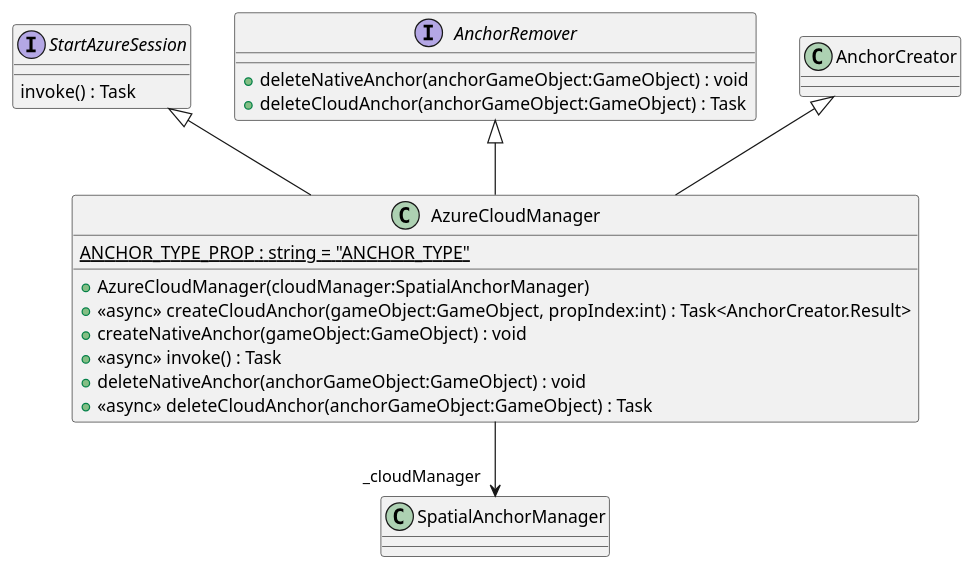
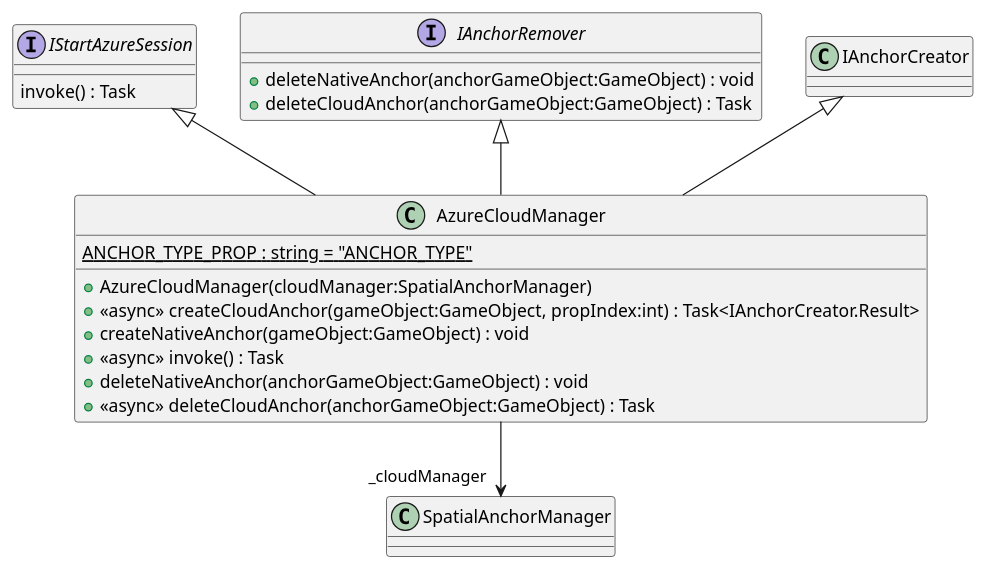
One commit to DeNatur/ProductionFloorVisualization changed the diagram in UML/Assets/Scripts/AzureCloudManager.puml. Above: the diagram before and after it, drawn with PlantUML. The commit also changed 34 other files, not shown here.

Commit message:
Generate UML (Generate UML)

```diff
--- a/UML/Assets/Scripts/AzureCloudManager.puml
+++ b/UML/Assets/Scripts/AzureCloudManager.puml
@@ -1,22 +1,22 @@
 @startuml
-interface StartAzureSession {
+interface IStartAzureSession {
     invoke() : Task
 }
-interface AnchorRemover {
+interface IAnchorRemover {
     + deleteNativeAnchor(anchorGameObject:GameObject) : void
     + deleteCloudAnchor(anchorGameObject:GameObject) : Task
 }
 class AzureCloudManager {
     {static} ANCHOR_TYPE_PROP : string = "ANCHOR_TYPE"
     + AzureCloudManager(cloudManager:SpatialAnchorManager)
-    + <<async>> createCloudAnchor(gameObject:GameObject, propIndex:int) : Task<AnchorCreator.Result>
+    + <<async>> createCloudAnchor(gameObject:GameObject, propIndex:int) : Task<IAnchorCreator.Result>
     + createNativeAnchor(gameObject:GameObject) : void
     + <<async>> invoke() : Task
     + deleteNativeAnchor(anchorGameObject:GameObject) : void
     + <<async>> deleteCloudAnchor(anchorGameObject:GameObject) : Task
 }
-AnchorCreator <|-- AzureCloudManager
-AnchorRemover <|-- AzureCloudManager
-StartAzureSession <|-- AzureCloudManager
+IAnchorCreator <|-- AzureCloudManager
+IAnchorRemover <|-- AzureCloudManager
+IStartAzureSession <|-- AzureCloudManager
 AzureCloudManager --> "_cloudManager" SpatialAnchorManager
 @enduml
```
